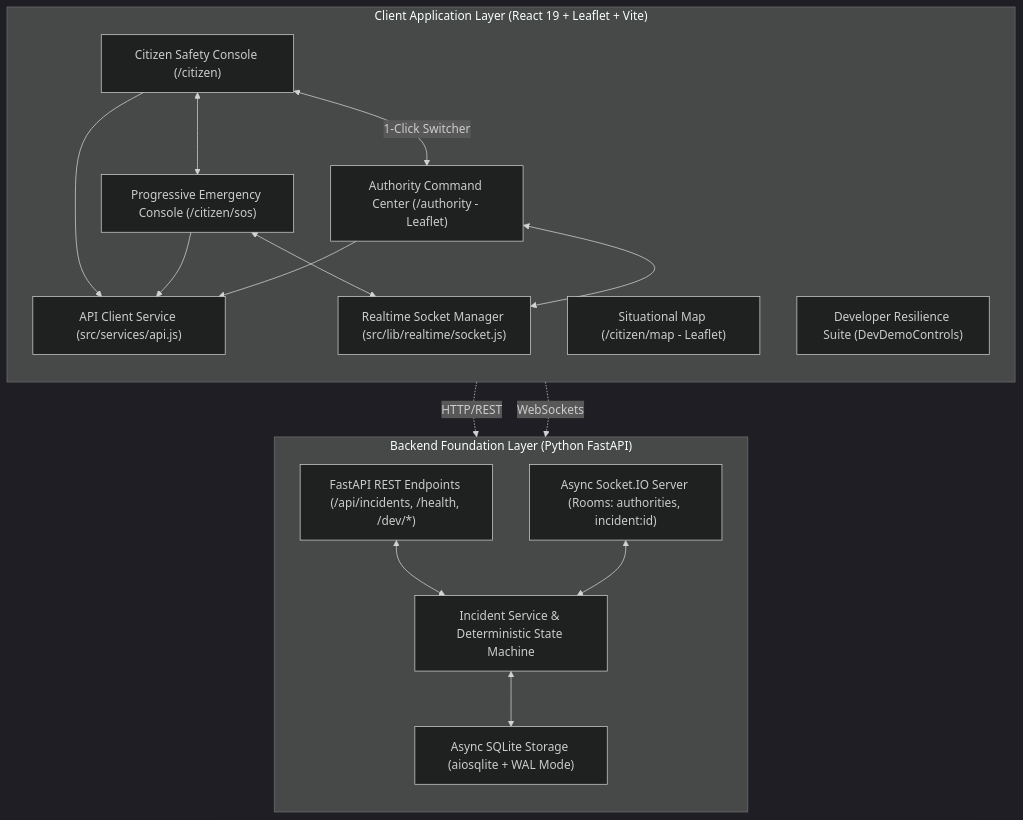
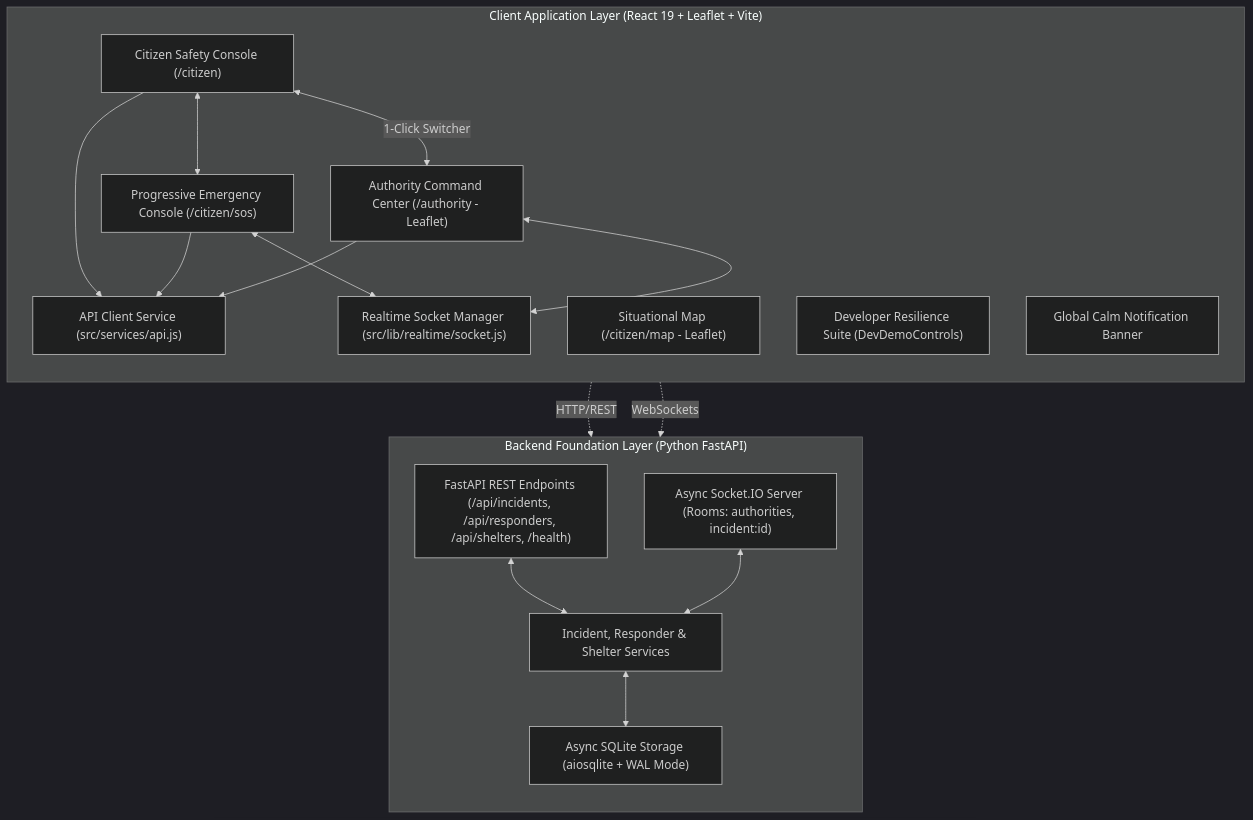
One commit to pritesh-4/SIH-2026---SALVUS changed the diagram in docs/ARCHITECTURE.md. Above: the diagram before and after it, drawn with Mermaid (dark theme). The commit also changed other lines of this file and 25 other files, not shown here.

Commit message:
Osrm route polyline, notification and alert system

````diff
--- a/docs/ARCHITECTURE.md
+++ b/docs/ARCHITECTURE.md
@@ -9,37 +9,38 @@
 ```mermaid
 flowchart TB
     subgraph Client_App ["Client Application Layer (React 19 + Leaflet + Vite)"]
         direction TB
         CitizenPortal["Citizen Safety Console (/citizen)"]
         CitizenMap["Situational Map (/citizen/map - Leaflet)"]
         CitizenEmergency["Progressive Emergency Console (/citizen/sos)"]
         AuthorityCenter["Authority Command Center (/authority - Leaflet)"]
         RealtimeSocket["Realtime Socket Manager (src/lib/realtime/socket.js)"]
         APIService["API Client Service (src/services/api.js)"]
         DevDemoPanel["Developer Resilience Suite (DevDemoControls)"]
+        NotificationSystem["Global Calm Notification Banner"]
 
         CitizenPortal <--> CitizenEmergency
         CitizenPortal <-->|"1-Click Switcher"| AuthorityCenter
         CitizenPortal --> APIService
         CitizenEmergency --> APIService
         CitizenEmergency <--> RealtimeSocket
         AuthorityCenter --> APIService
         AuthorityCenter <--> RealtimeSocket
     end
 
     subgraph Backend_App ["Backend Foundation Layer (Python FastAPI)"]
         direction TB
-        APIGateway["FastAPI REST Endpoints (/api/incidents, /health, /dev/*)"]
+        APIGateway["FastAPI REST Endpoints (/api/incidents, /api/responders, /api/shelters, /health)"]
         SocketEngine["Async Socket.IO Server (Rooms: authorities, incident:id)"]
-        DomainService["Incident Service & Deterministic State Machine"]
+        DomainService["Incident, Responder & Shelter Services"]
         DBLayer["Async SQLite Storage (aiosqlite + WAL Mode)"]
 
         APIGateway <--> DomainService
         SocketEngine <--> DomainService
         DomainService <--> DBLayer
     end
 
     %% Wiring
     APIService -.->|HTTP/REST| APIGateway
     RealtimeSocket -.->|WebSockets| SocketEngine
 ```
````
